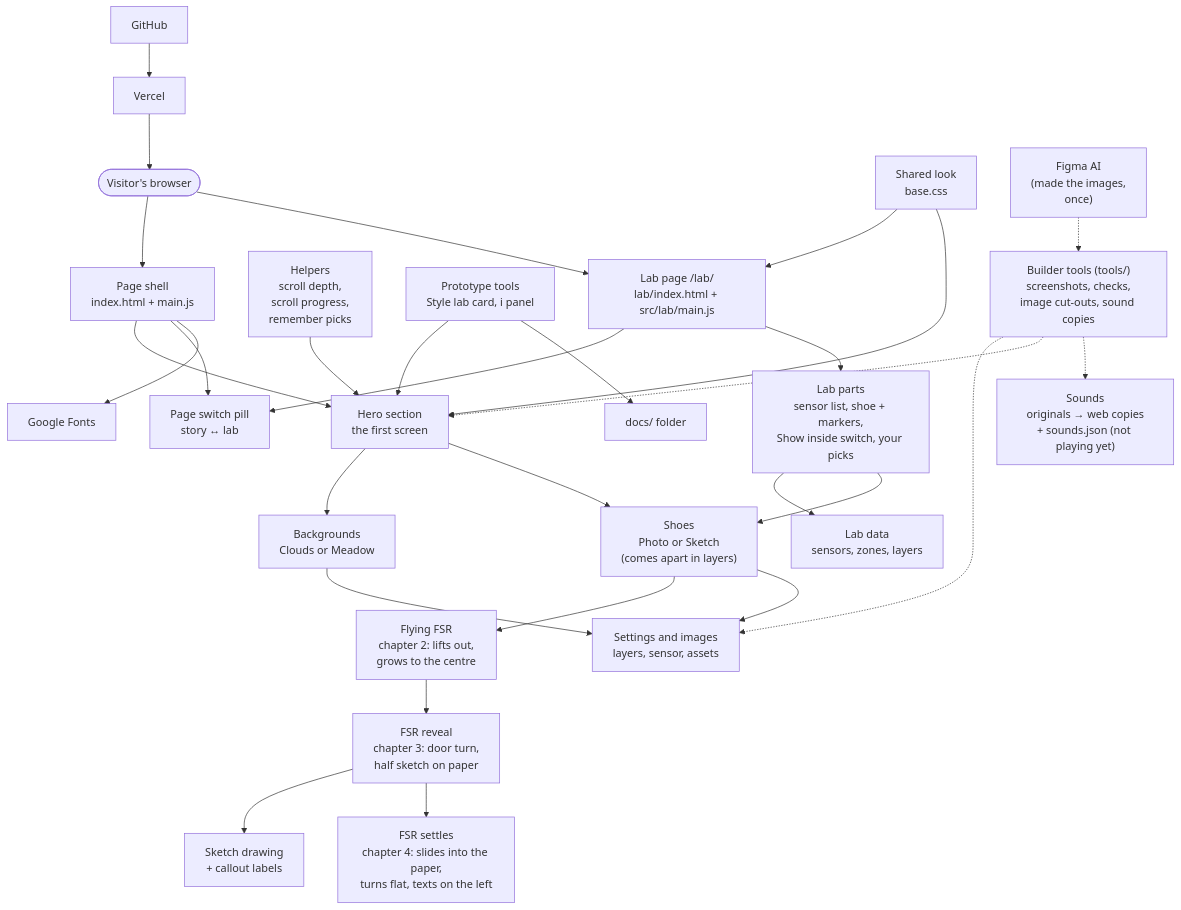
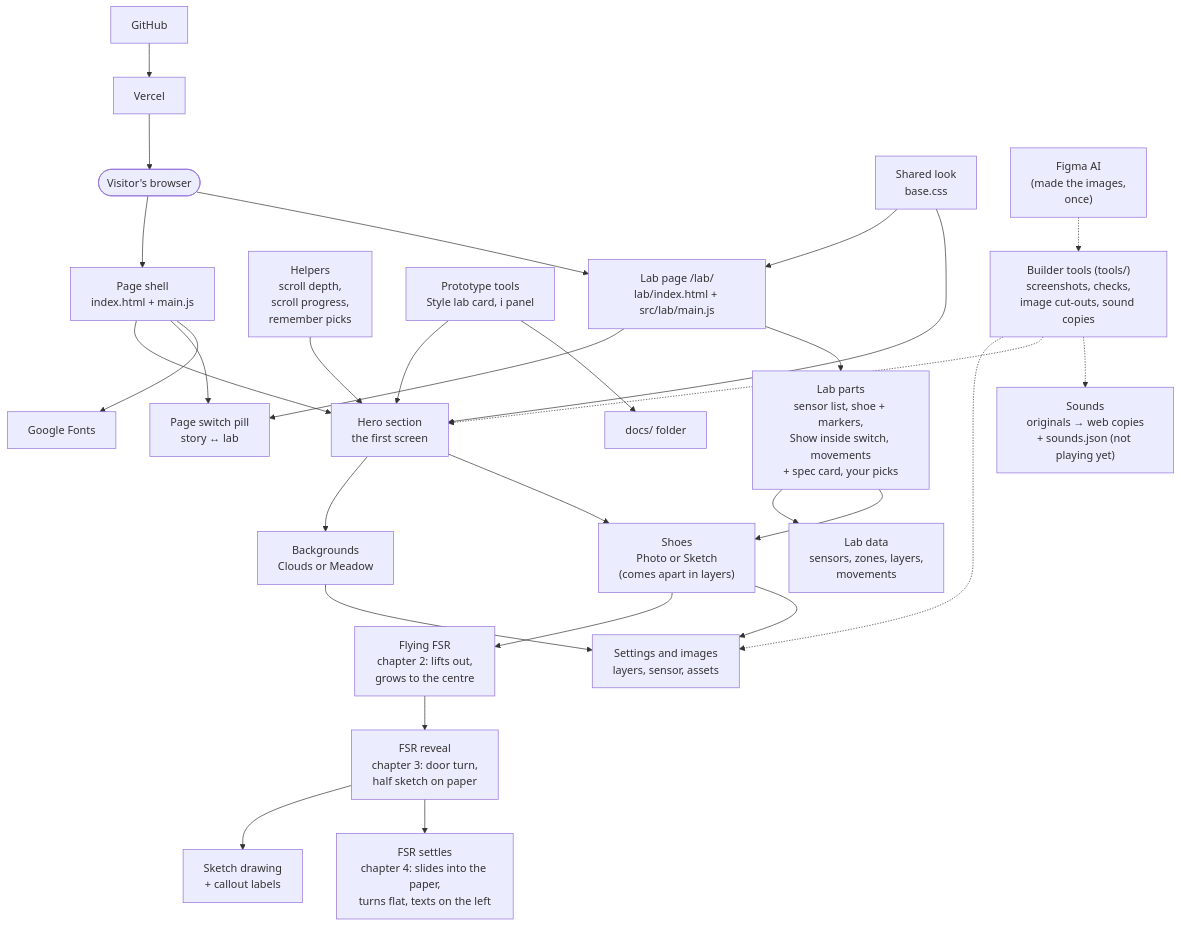
Before and after one commit to Veruzka/magic-shoes-presentation: the diagram in docs/architecture.md, drawn with Mermaid. The commit also changed other lines of this file and 12 other files, not shown here.

Commit message:
Lab piece 3: movements list with matching check and Stomp spec card

````diff
--- a/docs/architecture.md
+++ b/docs/architecture.md
@@ -3,51 +3,51 @@
 ```mermaid
 flowchart TD
   visitor(["Visitor's browser"])
   page["Page shell<br/>index.html + main.js"]
   hero["Hero section<br/>the first screen"]
   bg["Backgrounds<br/>Clouds or Meadow"]
   shoe["Shoes<br/>Photo or Sketch<br/>(comes apart in layers)"]
   flight["Flying FSR<br/>chapter 2: lifts out,<br/>grows to the centre"]
   reveal["FSR reveal<br/>chapter 3: door turn,<br/>half sketch on paper"]
   sketch["Sketch drawing<br/>+ callout labels"]
   settle["FSR settles<br/>chapter 4: slides into the paper,<br/>turns flat, texts on the left"]
   data["Settings and images<br/>layers, sensor, assets"]
   helpers["Helpers<br/>scroll depth,<br/>scroll progress,<br/>remember picks"]
   styles["Shared look<br/>base.css"]
   tools["Prototype tools<br/>Style lab card, i panel"]
   lab["Lab page /lab/<br/>lab/index.html + src/lab/main.js"]
-  labdata["Lab data<br/>sensors, zones, layers"]
-  labparts["Lab parts<br/>sensor list, shoe + markers,<br/>Show inside switch, your picks"]
+  labdata["Lab data<br/>sensors, zones, layers,<br/>movements"]
+  labparts["Lab parts<br/>sensor list, shoe + markers,<br/>Show inside switch, movements<br/>+ spec card, your picks"]
   pill["Page switch pill<br/>story ↔ lab"]
   docs["docs/ folder"]
   github["GitHub"]
   vercel["Vercel"]
   fonts["Google Fonts"]
   figma["Figma AI<br/>(made the images,<br/>once)"]
   devtools["Builder tools (tools/)<br/>screenshots, checks,<br/>image cut-outs, sound copies"]
   sounds["Sounds<br/>originals → web copies<br/>+ sounds.json (not playing yet)"]
 
   visitor --> page --> hero
   visitor --> lab
   page --> pill
   lab --> pill
   lab --> labparts --> labdata
   labparts --> shoe
   styles --> lab
   hero --> bg
   hero --> shoe
   shoe --> flight
   flight --> reveal --> sketch
   reveal --> settle
   bg --> data
   shoe --> data
   helpers --> hero
   styles --> hero
   tools --> hero
   tools --> docs
   page --> fonts
   github --> vercel --> visitor
   figma -.-> devtools -.-> data
   devtools -.-> hero
   devtools -.-> sounds
 ```
````
